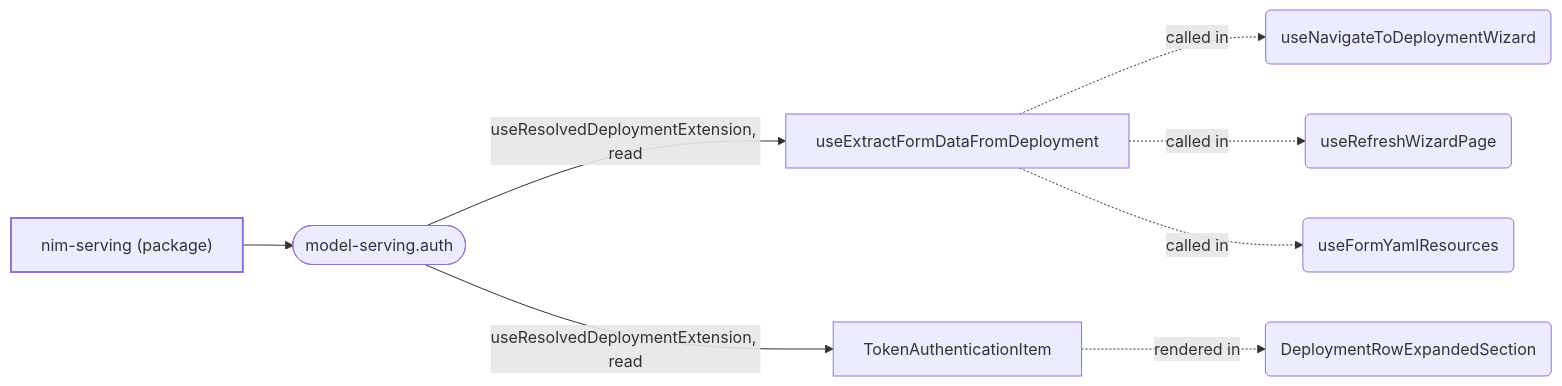
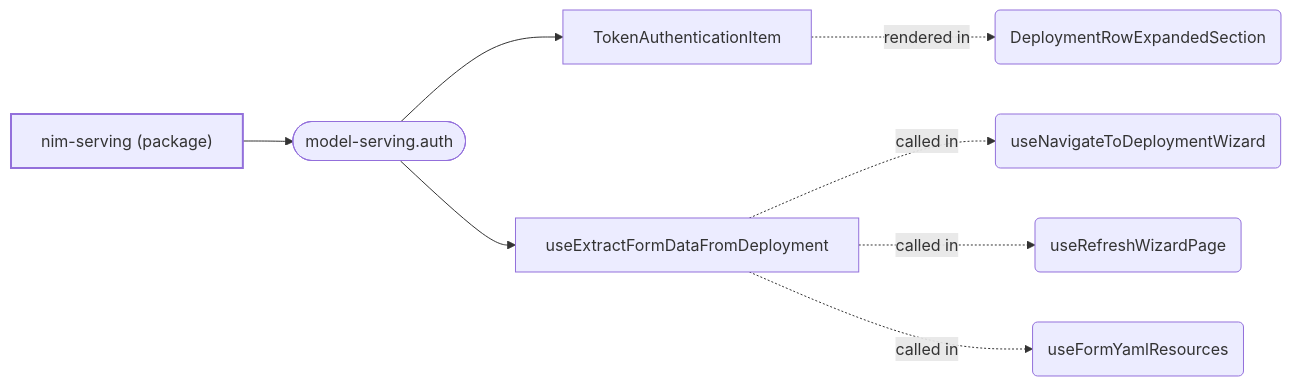
The first of 19 diagrams in packages/model-serving/docs/extensions.md (mturley/odh-dashboard), drawn with Mermaid before and after one commit. The commit also changed other lines of this file and 28 other files, not shown here.

````diff
--- a/packages/model-serving/docs/extensions.md
+++ b/packages/model-serving/docs/extensions.md
@@ -35,20 +181,20 @@
 ```mermaid
 flowchart LR
   classDef pkg stroke-width:2px
   classDef point stroke-width:1px
   n_pkg__odh_dashboard_nim_serving_241793["nim-serving (package)"]:::pkg
   n_model_serving_auth_5d7b65(["model-serving.auth"]):::point
   n_pkg__odh_dashboard_nim_serving_241793 --> n_model_serving_auth_5d7b65
+  n_symbol_packages_model_serving_src_components_deployments_row_DeploymentsTableRowExpandedSection_tsx_TokenAuthenticationItem_895cd8["TokenAuthenticationItem"]
+  n_model_serving_auth_5d7b65 --> n_symbol_packages_model_serving_src_components_deployments_row_DeploymentsTableRowExpandedSection_tsx_TokenAuthenticationItem_895cd8
   n_symbol_packages_model_serving_src_components_deploymentWizard_useExtractFormDataFromDeployment_ts_useExtractFormDataFromDeployment_701711["useExtractFormDataFromDeployment"]
-  n_model_serving_auth_5d7b65 -- "useResolvedDeploymentExtension, read" --> n_symbol_packages_model_serving_src_components_deploymentWizard_useExtractFormDataFromDeployment_ts_useExtractFormDataFromDeployment_701711
-  n_symbol_packages_model_serving_src_components_deployments_row_DeploymentsTableRowExpandedSection_tsx_TokenAuthenticationItem_895cd8["TokenAuthenticationItem"]
-  n_model_serving_auth_5d7b65 -- "useResolvedDeploymentExtension, read" --> n_symbol_packages_model_serving_src_components_deployments_row_DeploymentsTableRowExpandedSection_tsx_TokenAuthenticationItem_895cd8
+  n_model_serving_auth_5d7b65 --> n_symbol_packages_model_serving_src_components_deploymentWizard_useExtractFormDataFromDeployment_ts_useExtractFormDataFromDeployment_701711
+  n_symbol_packages_model_serving_src_components_deployments_row_DeploymentsTableRowExpandedSection_tsx_DeploymentRowExpandedSection_4c2ced("DeploymentRowExpandedSection")
   n_symbol_packages_model_serving_src_components_deploymentWizard_useNavigateToDeploymentWizard_ts_useNavigateToDeploymentWizard_f85877("useNavigateToDeploymentWizard")
   n_symbol_packages_model_serving_src_components_deploymentWizard_useRefreshWizardPage_ts_useRefreshWizardPage_ad7255("useRefreshWizardPage")
   n_symbol_packages_model_serving_src_components_deploymentWizard_yaml_useYamlResourcesResult_tsx_useFormYamlResources_29148c("useFormYamlResources")
-  n_symbol_packages_model_serving_src_components_deployments_row_DeploymentsTableRowExpandedSection_tsx_DeploymentRowExpandedSection_4c2ced("DeploymentRowExpandedSection")
+  n_symbol_packages_model_serving_src_components_deployments_row_DeploymentsTableRowExpandedSection_tsx_TokenAuthenticationItem_895cd8 -. "rendered in" .-> n_symbol_packages_model_serving_src_components_deployments_row_DeploymentsTableRowExpandedSection_tsx_DeploymentRowExpandedSection_4c2ced
   n_symbol_packages_model_serving_src_components_deploymentWizard_useExtractFormDataFromDeployment_ts_useExtractFormDataFromDeployment_701711 -. "called in" .-> n_symbol_packages_model_serving_src_components_deploymentWizard_useNavigateToDeploymentWizard_ts_useNavigateToDeploymentWizard_f85877
   n_symbol_packages_model_serving_src_components_deploymentWizard_useExtractFormDataFromDeployment_ts_useExtractFormDataFromDeployment_701711 -. "called in" .-> n_symbol_packages_model_serving_src_components_deploymentWizard_useRefreshWizardPage_ts_useRefreshWizardPage_ad7255
   n_symbol_packages_model_serving_src_components_deploymentWizard_useExtractFormDataFromDeployment_ts_useExtractFormDataFromDeployment_701711 -. "called in" .-> n_symbol_packages_model_serving_src_components_deploymentWizard_yaml_useYamlResourcesResult_tsx_useFormYamlResources_29148c
-  n_symbol_packages_model_serving_src_components_deployments_row_DeploymentsTableRowExpandedSection_tsx_TokenAuthenticationItem_895cd8 -. "rendered in" .-> n_symbol_packages_model_serving_src_components_deployments_row_DeploymentsTableRowExpandedSection_tsx_DeploymentRowExpandedSection_4c2ced
 ```
````
